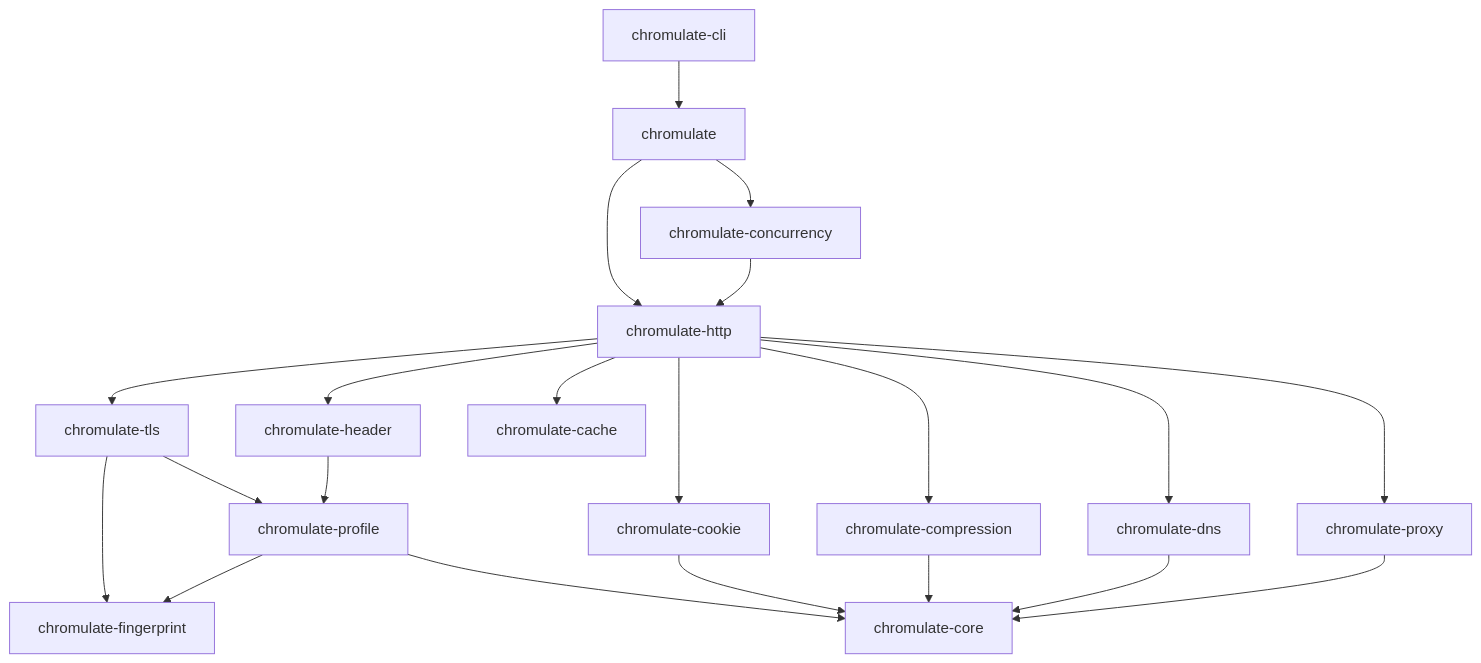
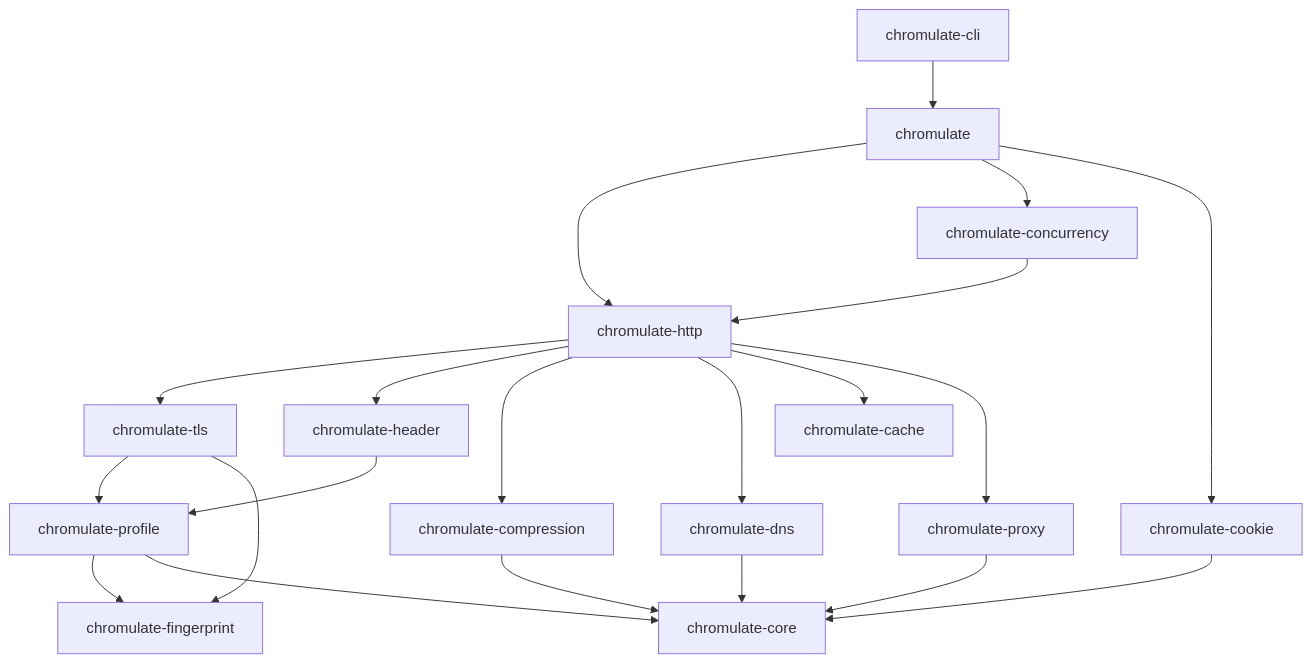
One commit to cagataycankaya/chromulate changed the diagram in README.md. Above: the diagram before and after it, drawn with Mermaid. The commit also changed other lines of this file and 23 other files, not shown here.

````diff
--- a/README.md
+++ b/README.md
@@ -241,23 +246,23 @@
 ```mermaid
 graph TD
     cli["chromulate-cli"] --> facade["chromulate"]
     facade --> http["chromulate-http"]
     facade --> concurrency["chromulate-concurrency"]
     concurrency --> http
     http --> tls["chromulate-tls"]
     http --> header["chromulate-header"]
-    http --> cookie["chromulate-cookie"]
     http --> compression["chromulate-compression"]
     http --> dns["chromulate-dns"]
+    facade --> cookie["chromulate-cookie"]
     http --> cache["chromulate-cache"]
     http --> proxy["chromulate-proxy"]
     tls --> profile["chromulate-profile"]
     tls --> fingerprint["chromulate-fingerprint"]
     header --> profile
     profile --> fingerprint
     profile --> core["chromulate-core"]
     cookie --> core
     compression --> core
     dns --> core
     proxy --> core
 ```
````
